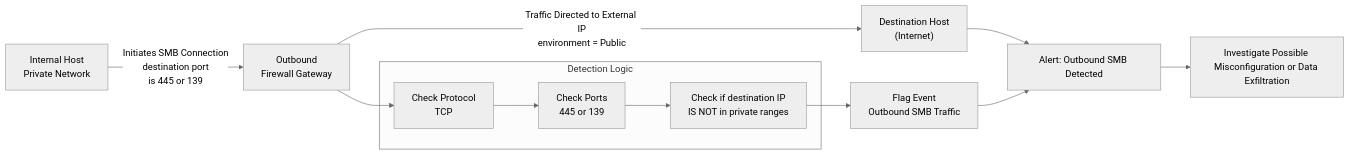
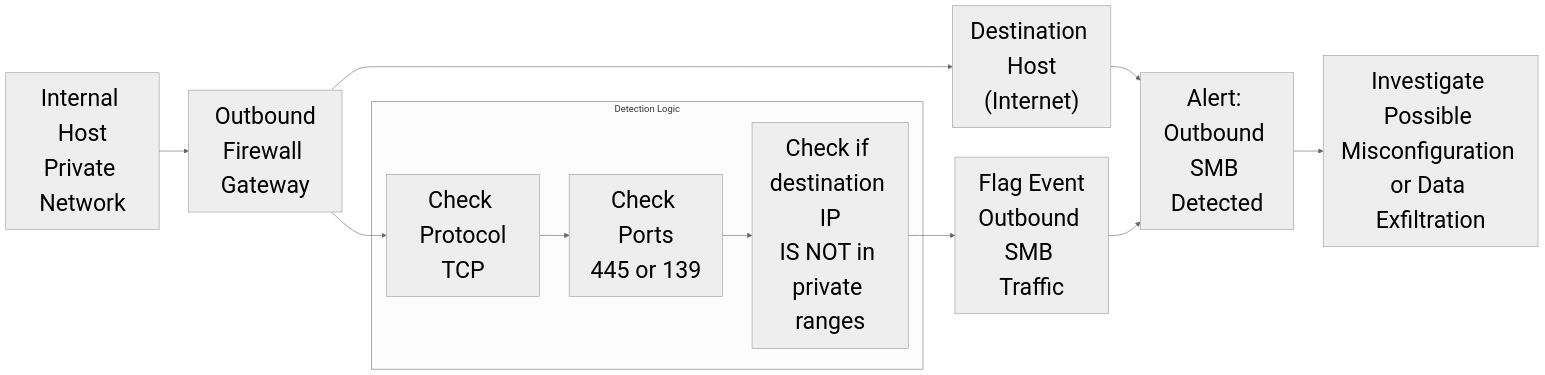
Before and after one commit to gcastill0/project-07-SIEM-Detections: the diagram in Cisco-Meraki-MX-Firewall.md, drawn with Mermaid (neutral theme). The commit also changed other lines of this file, not shown here.

Commit message:
Adding new sources

````diff
--- a/Cisco-Meraki-MX-Firewall.md
+++ b/Cisco-Meraki-MX-Firewall.md
@@ -13,17 +13,32 @@
 ```mermaid
 flowchart LR
- subgraph subGraph0["Detection Logic"]
+ subgraph SB["Detection Logic"]
         D["Check Protocol<br>TCP"]
         E["Check Ports<br>445 or 139"]
         F["Check if destination IP<br>IS NOT in private ranges"]
   end
-    A["Internal Host<br>Private Network"] -- "Initiates SMB Connection<br>destination port<br>is 445 or 139" --> B["Outbound<br>Firewall Gateway"]
-    B -- "Traffic Directed to External IP<br>environment = Public" --> C["Destination Host<br>(Internet)"]
+    A["Internal Host<br>Private Network"]:::logicStyle
+    B["Outbound<br>Firewall Gateway"]
+    C["Destination Host<br>(Internet)"]
+    A --> B
+    B --> C
     C --> H
     B --> D
     D --> E
     E --> F
     F --> G["Flag Event<br>Outbound SMB Traffic"]
     G --> H["Alert: Outbound SMB Detected"]
     H --> I["Investigate Possible Misconfiguration or Data Exfiltration"]
+
+    style A font-size:2.4ch;
+    style B font-size:2.4ch;
+    style C font-size:2.4ch;
+    style D font-size:2.4ch;
+    style E font-size:2.4ch;
+    style F font-size:2.4ch;
+    style G font-size:2.4ch;
+    style H font-size:2.4ch;
+    style I font-size:2.4ch;
+
+    classDef logicStyle font-size:2.4ch
 ```
````
